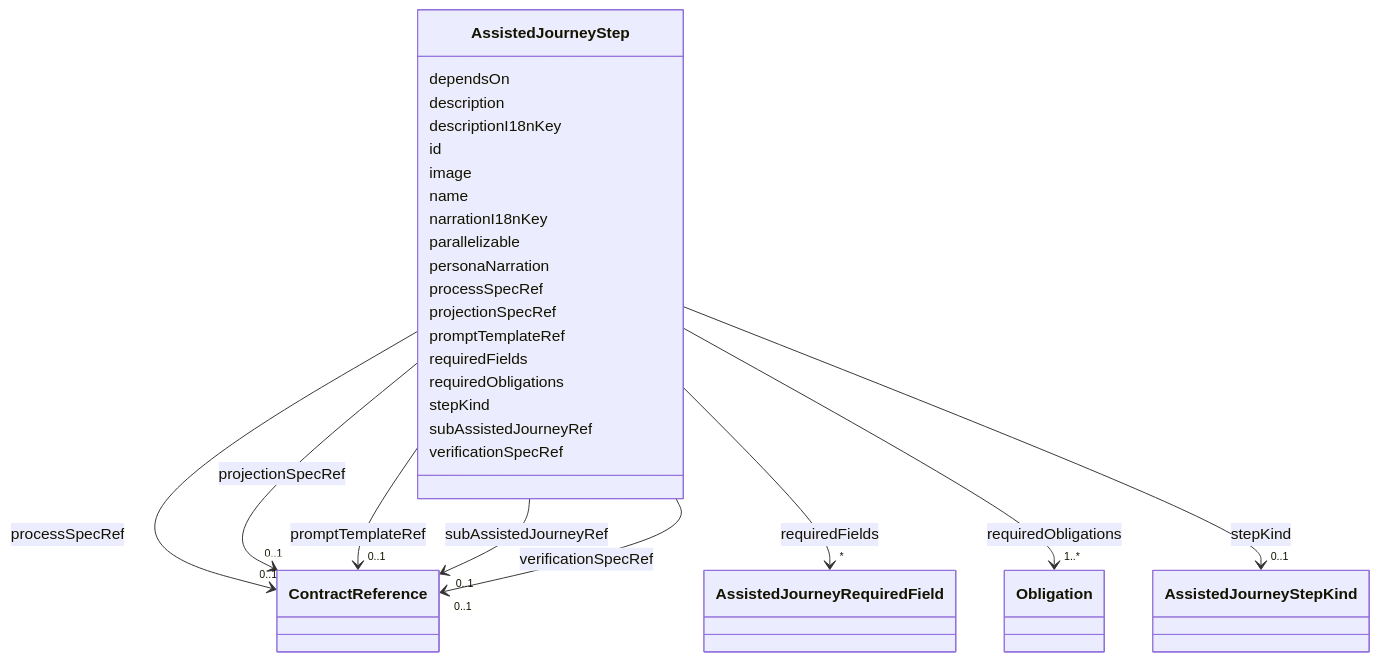
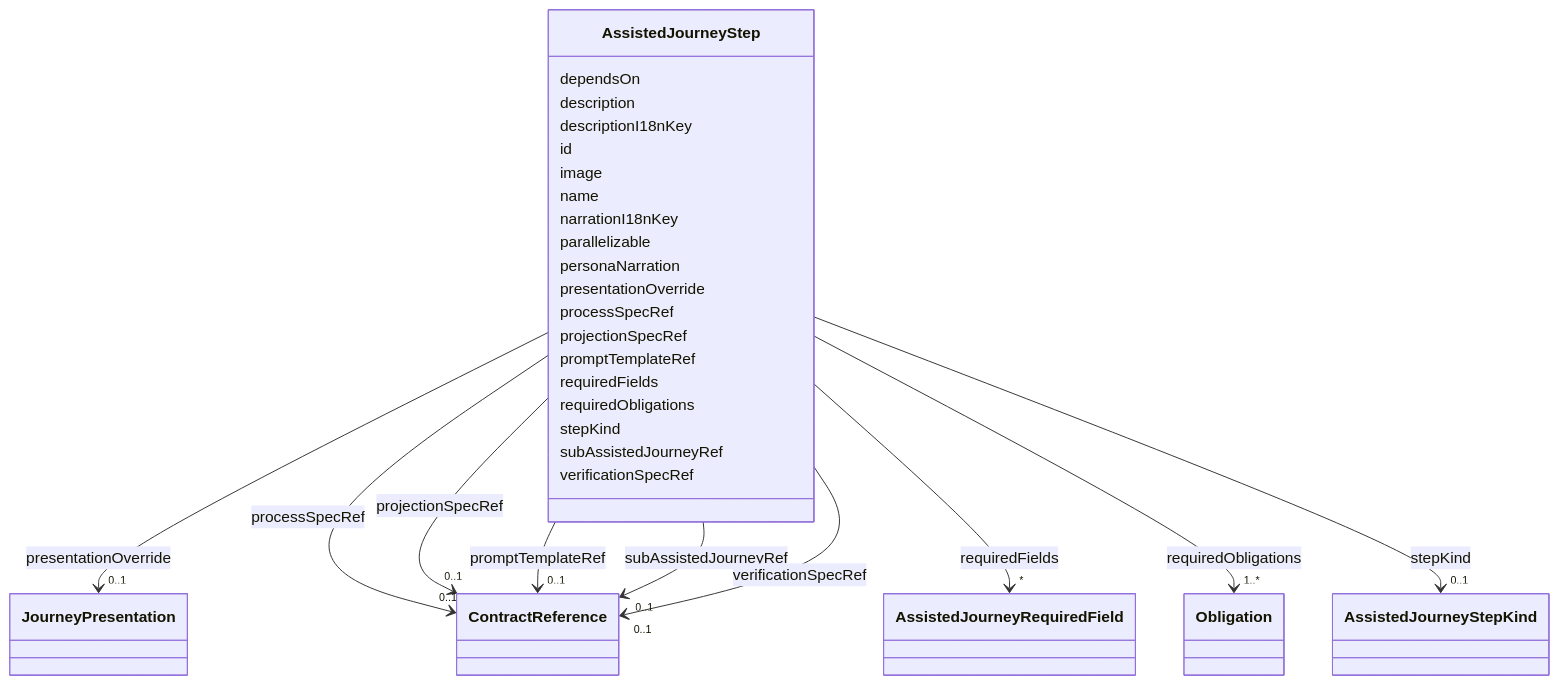
One commit to open4good/jumo-core changed the diagram in metamodel/generated/docs/AssistedJourneyStep.md. Above: the diagram before and after it, drawn with Mermaid. The commit also changed other lines of this file and 31 other files, not shown here.

First line of the commit message:
feat(metamodel,journeys): declare journey/step presentation (AC1)

```diff
--- a/metamodel/generated/docs/AssistedJourneyStep.md
+++ b/metamodel/generated/docs/AssistedJourneyStep.md
@@ -41,6 +41,17 @@
       AssistedJourneyStep : parallelizable
 
       AssistedJourneyStep : personaNarration
+
+      AssistedJourneyStep : presentationOverride
+
+
+
+
+
+        AssistedJourneyStep --> "0..1" JourneyPresentation : presentationOverride
+        click JourneyPresentation href "../JourneyPresentation/"
+
+
 
       AssistedJourneyStep : processSpecRef
 
```
